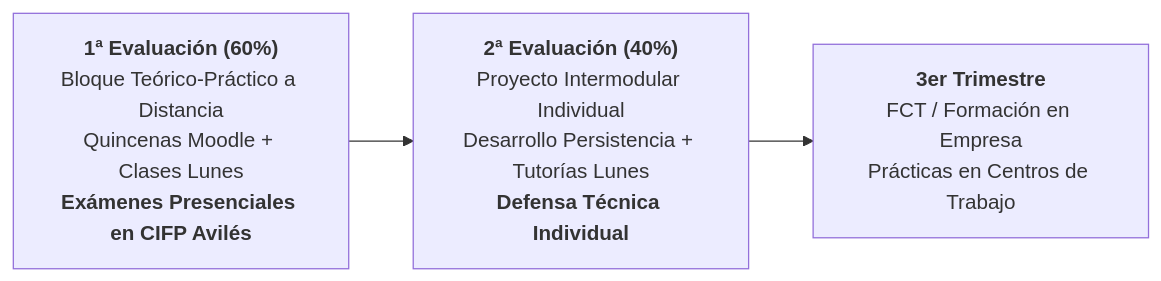
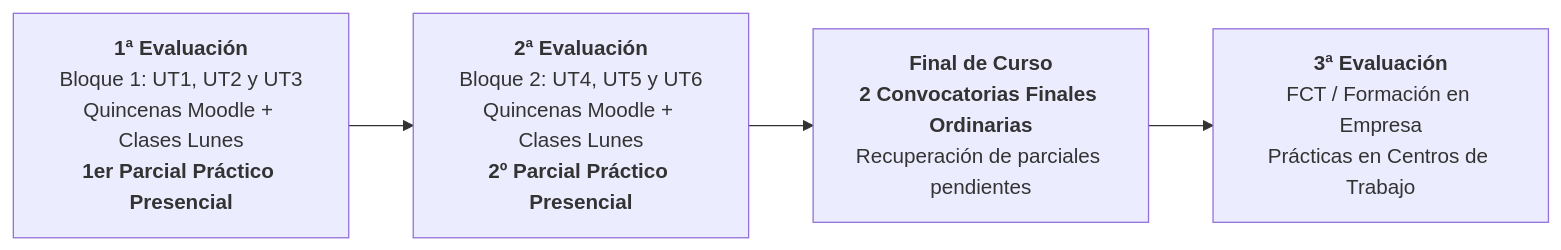
Before and after one commit to sergiocdi/curso_2026_2027: the diagram in 01-Modulos/Acceso-a-Datos/07-Presentaciones/Presentacion-Inicial/AD-Distancia-Presentacion-Inicial.md, drawn with Mermaid. The commit also changed other lines of this file and 97 other files, not shown here.

````diff
--- a/01-Modulos/Acceso-a-Datos/07-Presentaciones/Presentacion-Inicial/AD-Distancia-Presentacion-Inicial.md
+++ b/01-Modulos/Acceso-a-Datos/07-Presentaciones/Presentacion-Inicial/AD-Distancia-Presentacion-Inicial.md
@@ -50,4 +50,4 @@
 ```mermaid
 flowchart LR
-    A["<b>1ª Evaluación (60%)</b><br>Bloque Teórico-Práctico a Distancia<br>Quincenas Moodle + Clases Lunes<br><b>Exámenes Presenciales en CIFP Avilés</b>"] --> B["<b>2ª Evaluación (40%)</b><br>Proyecto Intermodular Individual<br>Desarrollo Persistencia + Tutorías Lunes<br><b>Defensa Técnica Individual</b>"] --> C["<b>3er Trimestre</b><br>FCT / Formación en Empresa<br>Prácticas en Centros de Trabajo"]
+    A["<b>1ª Evaluación</b><br>Bloque 1: UT1, UT2 y UT3<br>Quincenas Moodle + Clases Lunes<br><b>1er Parcial Práctico Presencial</b>"] --> B["<b>2ª Evaluación</b><br>Bloque 2: UT4, UT5 y UT6<br>Quincenas Moodle + Clases Lunes<br><b>2º Parcial Práctico Presencial</b>"] --> C["<b>Final de Curso</b><br><b>2 Convocatorias Finales Ordinarias</b><br>Recuperación de parciales pendientes"] --> D["<b>3ª Evaluación</b><br>FCT / Formación en Empresa<br>Prácticas en Centros de Trabajo"]
 ```
````
